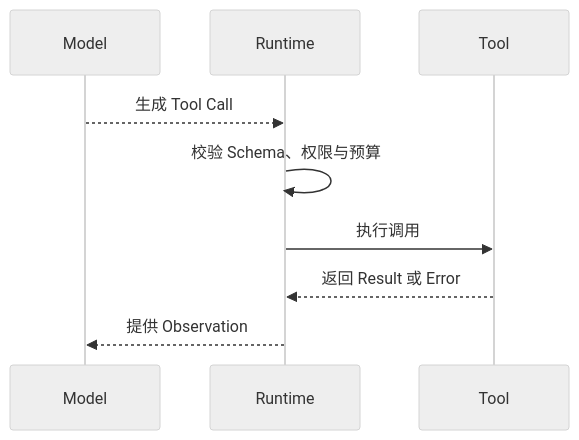
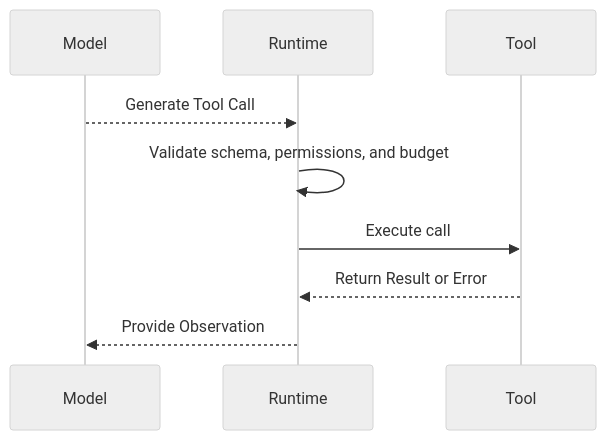
One commit to oneleaveknowsthefall/awesome-ai-roadmap changed the third of 15 diagrams in docs/agent/01-foundations/03-agentic-building-blocks.md. Above: the diagram before and after it, drawn with Mermaid (neutral theme). The commit also changed other lines of this file and 68 other files, not shown here.

````diff
--- a/docs/agent/01-foundations/03-agentic-building-blocks.md
+++ b/docs/agent/01-foundations/03-agentic-building-blocks.md
@@ -156,12 +160,12 @@
 ```mermaid
 sequenceDiagram
     participant M as Model
     participant R as Runtime
     participant T as Tool
 
-    M-->>R: 生成 Tool Call
-    R->>R: 校验 Schema、权限与预算
-    R->>T: 执行调用
-    T-->>R: 返回 Result 或 Error
-    R-->>M: 提供 Observation
+    M-->>R: Generate Tool Call
+    R->>R: Validate schema, permissions, and budget
+    R->>T: Execute call
+    T-->>R: Return Result or Error
+    R-->>M: Provide Observation
 ```
````
